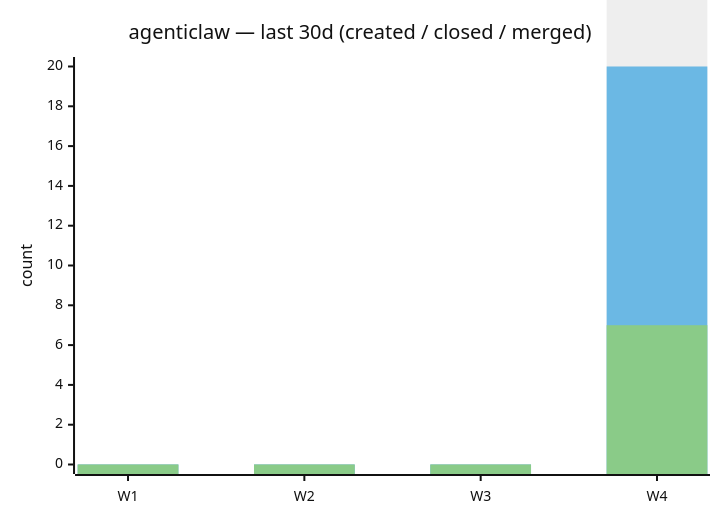
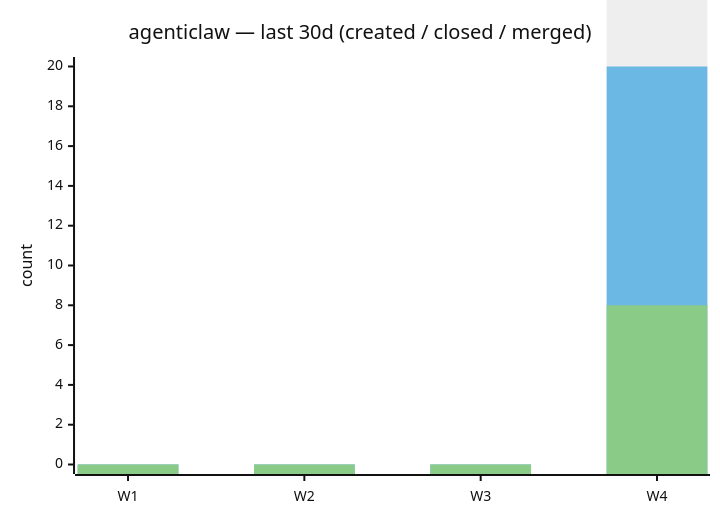
One commit to agentiagency/.github changed the diagram in profile/README.md. Above: the diagram before and after it, drawn with Mermaid (neutral theme). The commit also changed other lines of this file, not shown here.

````diff
--- a/profile/README.md
+++ b/profile/README.md
@@ -98,9 +98,9 @@
 ```mermaid
 xychart-beta
   title "agenticlaw — last 30d (created / closed / merged)"
   x-axis ["W1", "W2", "W3", "W4"]
   y-axis "count" 0 --> 20
   bar [0, 0, 0, 42]
   bar [0, 0, 0, 20]
-  bar [0, 0, 0, 7]
+  bar [0, 0, 0, 8]
 ```
````
